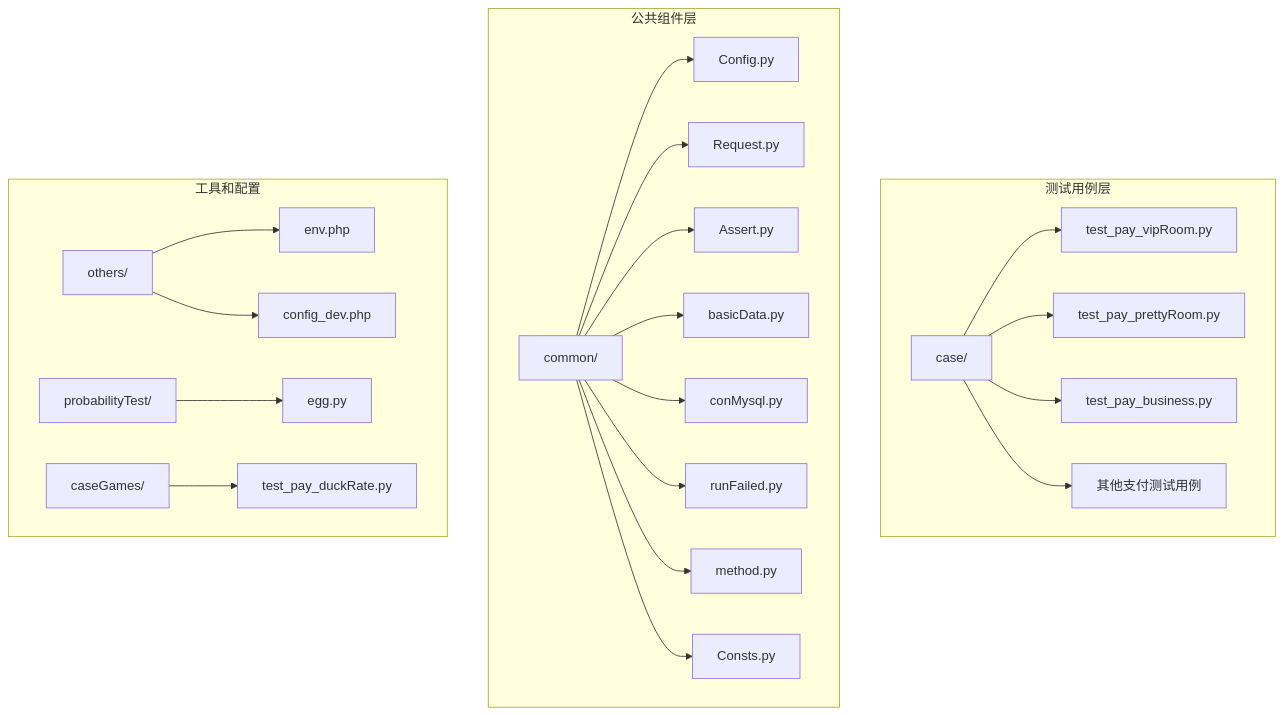
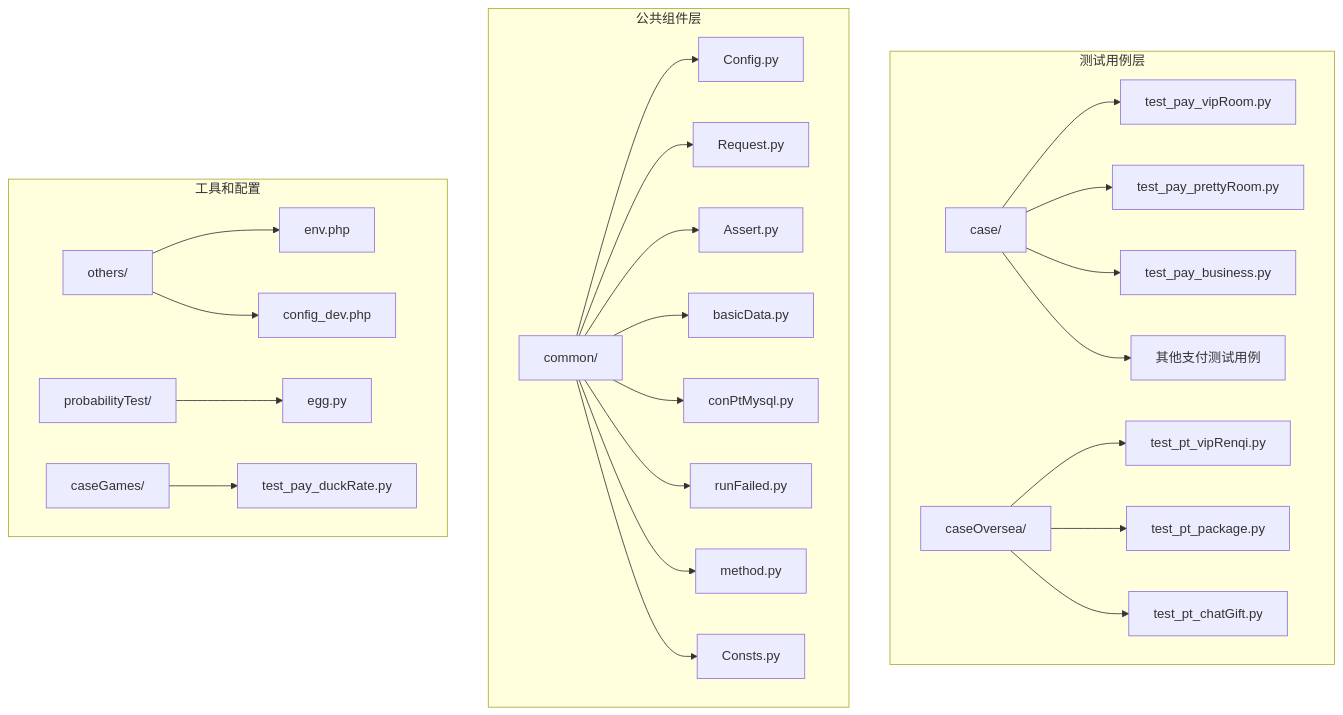
One commit to liximing1-ola/qa-payTest changed the first of 5 diagrams in .qoder/repowiki/zh/content/支付测试用例/房间支付测试/VIP房支付测试.md. Above: the diagram before and after it, drawn with Mermaid. The commit also changed other lines of this file and 5 other files, not shown here.

````diff
--- a/.qoder/repowiki/zh/content/支付测试用例/房间支付测试/VIP房支付测试.md
+++ b/.qoder/repowiki/zh/content/支付测试用例/房间支付测试/VIP房支付测试.md
@@ -51,25 +54,28 @@
 ```mermaid
 graph TB
 subgraph "测试用例层"
 A[case/] --> A1[test_pay_vipRoom.py]
 A --> A2[test_pay_prettyRoom.py]
 A --> A3[test_pay_business.py]
 A --> A4[其他支付测试用例]
+B[caseOversea/] --> B1[test_pt_vipRenqi.py]
+B --> B2[test_pt_package.py]
+B --> B3[test_pt_chatGift.py]
 end
 subgraph "公共组件层"
-B[common/] --> B1[Config.py]
-B --> B2[Request.py]
-B --> B3[Assert.py]
-B --> B4[basicData.py]
-B --> B5[conMysql.py]
-B --> B6[runFailed.py]
-B --> B7[method.py]
-B --> B8[Consts.py]
+C[common/] --> C1[Config.py]
+C --> C2[Request.py]
+C --> C3[Assert.py]
+C --> C4[basicData.py]
+C --> C5[conPtMysql.py]
+C --> C6[runFailed.py]
+C --> C7[method.py]
+C --> C8[Consts.py]
 end
 subgraph "工具和配置"
-C[others/] --> C1[env.php]
-C --> C2[config_dev.php]
-D[probabilityTest/] --> D1[egg.py]
-E[caseGames/] --> E1[test_pay_duckRate.py]
+D[others/] --> D1[env.php]
+D --> D2[config_dev.php]
+E[probabilityTest/] --> E1[egg.py]
+F[caseGames/] --> F1[test_pay_duckRate.py]
 end
 ```
````
